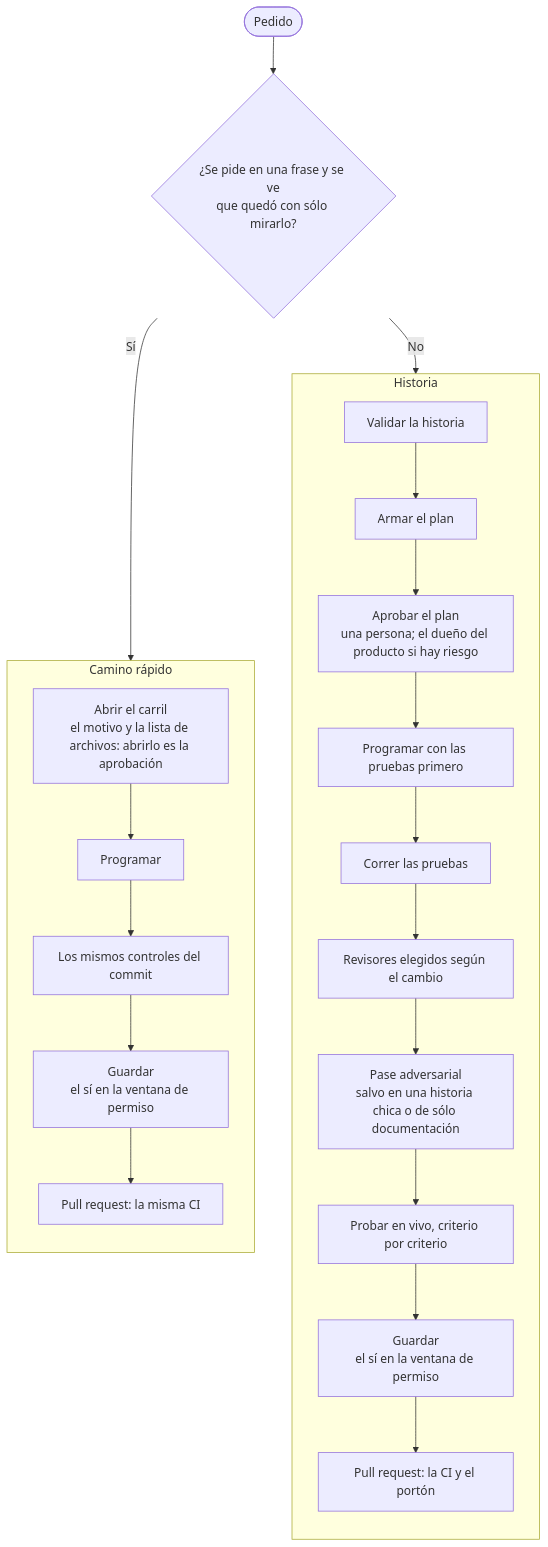
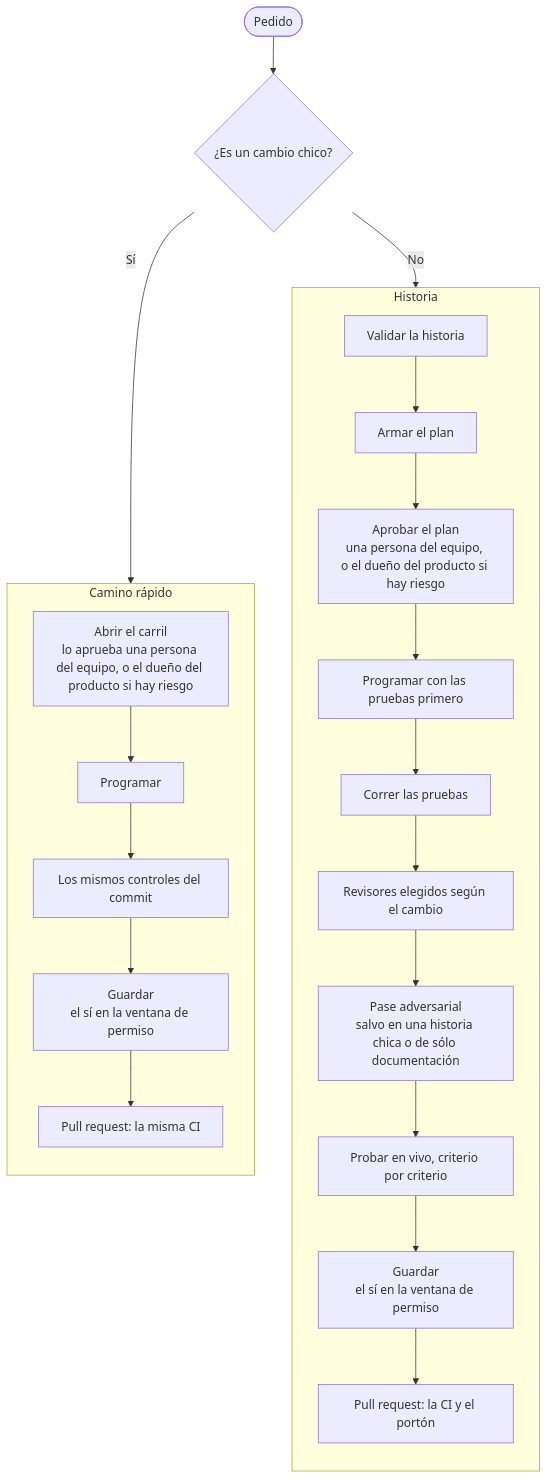
One commit to TYCON-SA/tycon-harness changed the diagram in README.es.md. Above: the diagram before and after it, drawn with Mermaid. The commit also changed 2 other files, not shown here.

Commit message:
docs(portada): el diagrama con textos entre comillas y las preguntas de la miniclase
GitHub no dibujaba el diagrama: el punto y coma corta la instrucción en mermaid. Cada texto va
entre comillas y sin «;». La pregunta pasa a «¿Es un cambio chico?» y el carril lo aprueba una
persona del equipo, o el dueño del producto si hay riesgo (también en la guía).

````diff
--- a/README.es.md
+++ b/README.es.md
@@ -51,25 +51,25 @@
 ```mermaid
 flowchart TB
-  pedido([Pedido]) --> tamano{¿Se pide en una frase y se ve<br/>que quedó con sólo mirarlo?}
-  tamano -- No --> h1
-  tamano -- Sí --> r1
-  subgraph historia [Historia]
+  pedido(["Pedido"]) --> tamano{"¿Es un cambio chico?"}
+  tamano -- "No" --> h1
+  tamano -- "Sí" --> r1
+  subgraph historia ["Historia"]
     direction TB
-    h1[Validar la historia] --> h2[Armar el plan]
-    h2 --> h3[Aprobar el plan<br/>una persona; el dueño del producto si hay riesgo]
-    h3 --> h4[Programar con las pruebas primero]
-    h4 --> h5[Correr las pruebas]
-    h5 --> h6[Revisores elegidos según el cambio]
-    h6 --> h7[Pase adversarial<br/>salvo en una historia chica o de sólo documentación]
-    h7 --> h8[Probar en vivo, criterio por criterio]
-    h8 --> h9[Guardar<br/>el sí en la ventana de permiso]
-    h9 --> h10[Pull request: la CI y el portón]
+    h1["Validar la historia"] --> h2["Armar el plan"]
+    h2 --> h3["Aprobar el plan<br/>una persona del equipo, o el dueño del producto si hay riesgo"]
+    h3 --> h4["Programar con las pruebas primero"]
+    h4 --> h5["Correr las pruebas"]
+    h5 --> h6["Revisores elegidos según el cambio"]
+    h6 --> h7["Pase adversarial<br/>salvo en una historia chica o de sólo documentación"]
+    h7 --> h8["Probar en vivo, criterio por criterio"]
+    h8 --> h9["Guardar<br/>el sí en la ventana de permiso"]
+    h9 --> h10["Pull request: la CI y el portón"]
   end
-  subgraph rapido [Camino rápido]
+  subgraph rapido ["Camino rápido"]
     direction TB
-    r1[Abrir el carril<br/>el motivo y la lista de archivos: abrirlo es la aprobación] --> r2[Programar]
-    r2 --> r3[Los mismos controles del commit]
-    r3 --> r4[Guardar<br/>el sí en la ventana de permiso]
-    r4 --> r5[Pull request: la misma CI]
+    r1["Abrir el carril<br/>lo aprueba una persona del equipo, o el dueño del producto si hay riesgo"] --> r2["Programar"]
+    r2 --> r3["Los mismos controles del commit"]
+    r3 --> r4["Guardar<br/>el sí en la ventana de permiso"]
+    r4 --> r5["Pull request: la misma CI"]
   end
 ```
````
